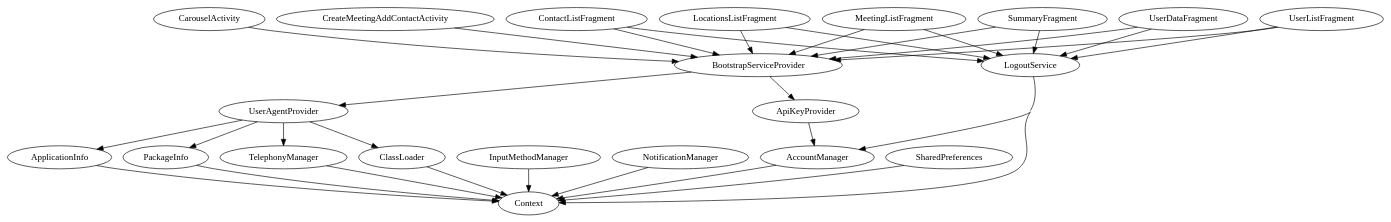
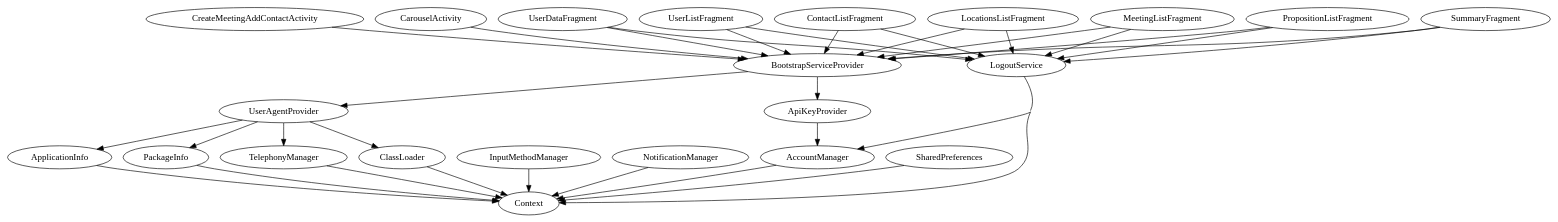
Before and after one commit to riksnickers/CemeoAndroid: the diagram in app/target/idea-classes/com/pxl/android/cemeo/RootModule.dot, drawn with Graphviz. The commit also changed 56 other files, not shown here.

```diff
--- a/app/target/idea-classes/com/pxl/android/cemeo/RootModule.dot
+++ b/app/target/idea-classes/com/pxl/android/cemeo/RootModule.dot
@@ -1,34 +1,36 @@
 digraph G1 {
   concentrate = true;
   AccountManager -> Context;
   ApiKeyProvider -> AccountManager;
   ApplicationInfo -> Context;
+  BootstrapServiceProvider -> UserAgentProvider;
   BootstrapServiceProvider -> ApiKeyProvider;
-  BootstrapServiceProvider -> UserAgentProvider;
   CarouselActivity -> BootstrapServiceProvider;
   ClassLoader -> Context;
   ContactListFragment -> BootstrapServiceProvider;
   ContactListFragment -> LogoutService;
   CreateMeetingAddContactActivity -> BootstrapServiceProvider;
   InputMethodManager -> Context;
   LocationsListFragment -> BootstrapServiceProvider;
   LocationsListFragment -> LogoutService;
+  LogoutService -> Context;
   LogoutService -> AccountManager;
-  LogoutService -> Context;
   MeetingListFragment -> BootstrapServiceProvider;
   MeetingListFragment -> LogoutService;
   NotificationManager -> Context;
   PackageInfo -> Context;
+  PropositionListFragment -> BootstrapServiceProvider;
+  PropositionListFragment -> LogoutService;
   SharedPreferences -> Context;
   SummaryFragment -> BootstrapServiceProvider;
   SummaryFragment -> LogoutService;
   TelephonyManager -> Context;
   UserAgentProvider -> ClassLoader;
   UserAgentProvider -> TelephonyManager;
+  UserAgentProvider -> ApplicationInfo;
   UserAgentProvider -> PackageInfo;
-  UserAgentProvider -> ApplicationInfo;
   UserDataFragment -> BootstrapServiceProvider;
   UserDataFragment -> LogoutService;
   UserListFragment -> BootstrapServiceProvider;
   UserListFragment -> LogoutService;
 }
```
